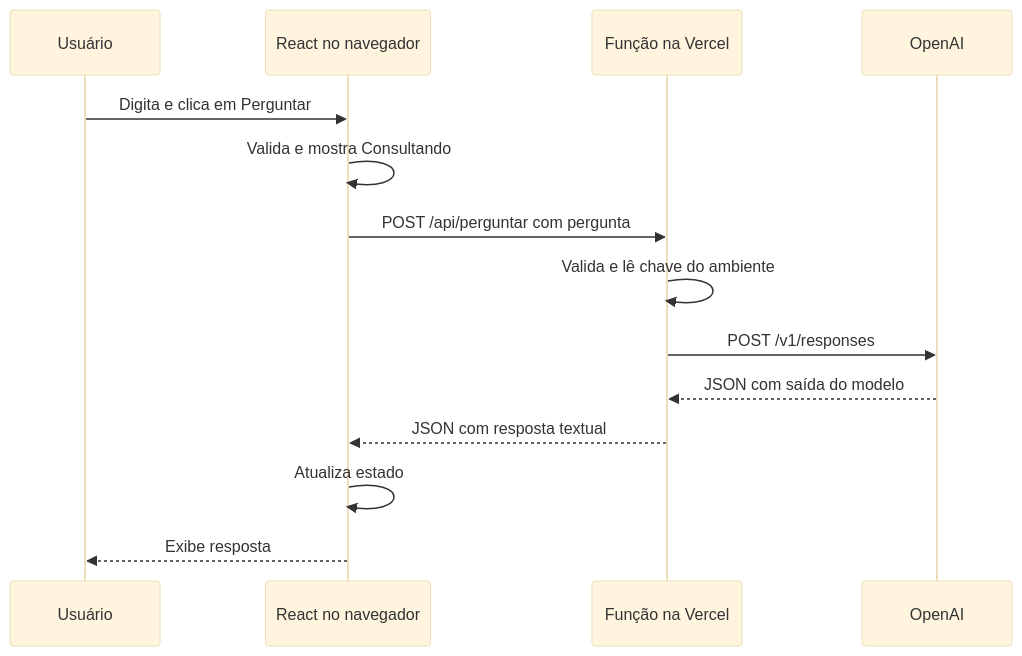
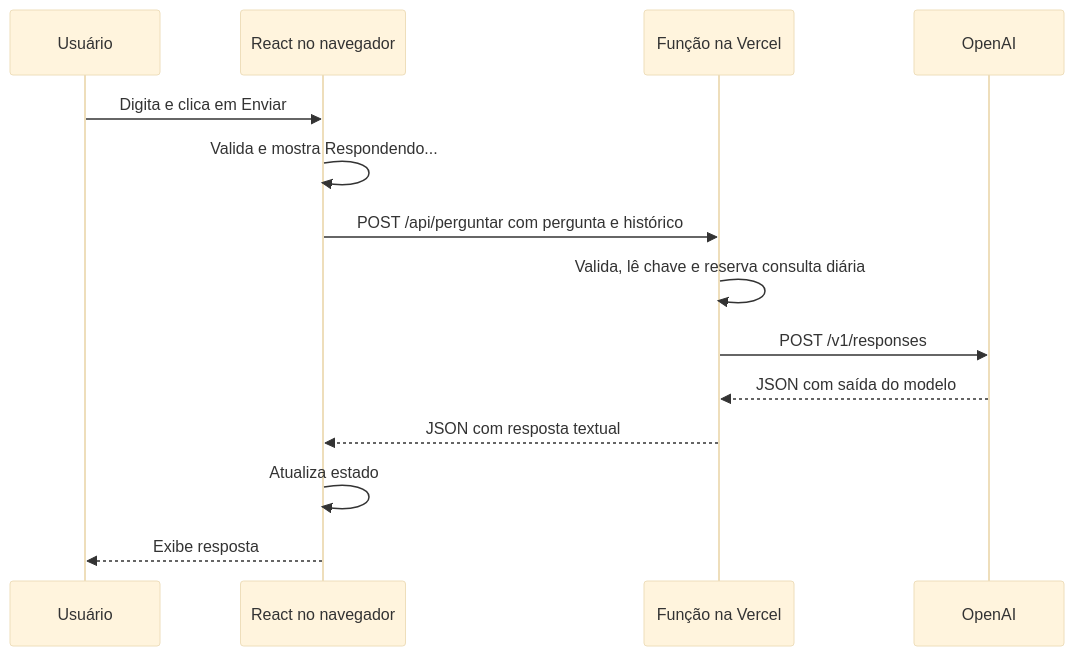
One commit to miguelvzs/assistente-estudos changed the diagram in docs/EXPLICACAO.md. Above: the diagram before and after it, drawn with Mermaid (base theme). The commit also changed other lines of this file and 10 other files, not shown here.

````diff
--- a/docs/EXPLICACAO.md
+++ b/docs/EXPLICACAO.md
@@ -55,16 +55,16 @@
 ```mermaid
 sequenceDiagram
     participant U as Usuário
     participant R as React no navegador
     participant V as Função na Vercel
     participant O as OpenAI
-    U->>R: Digita e clica em Perguntar
-    R->>R: Valida e mostra Consultando
-    R->>V: POST /api/perguntar com pergunta
-    V->>V: Valida e lê chave do ambiente
+    U->>R: Digita e clica em Enviar
+    R->>R: Valida e mostra Respondendo...
+    R->>V: POST /api/perguntar com pergunta e histórico
+    V->>V: Valida, lê chave e reserva consulta diária
     V->>O: POST /v1/responses
     O-->>V: JSON com saída do modelo
     V-->>R: JSON com resposta textual
     R->>R: Atualiza estado
     R-->>U: Exibe resposta
 ```
````
